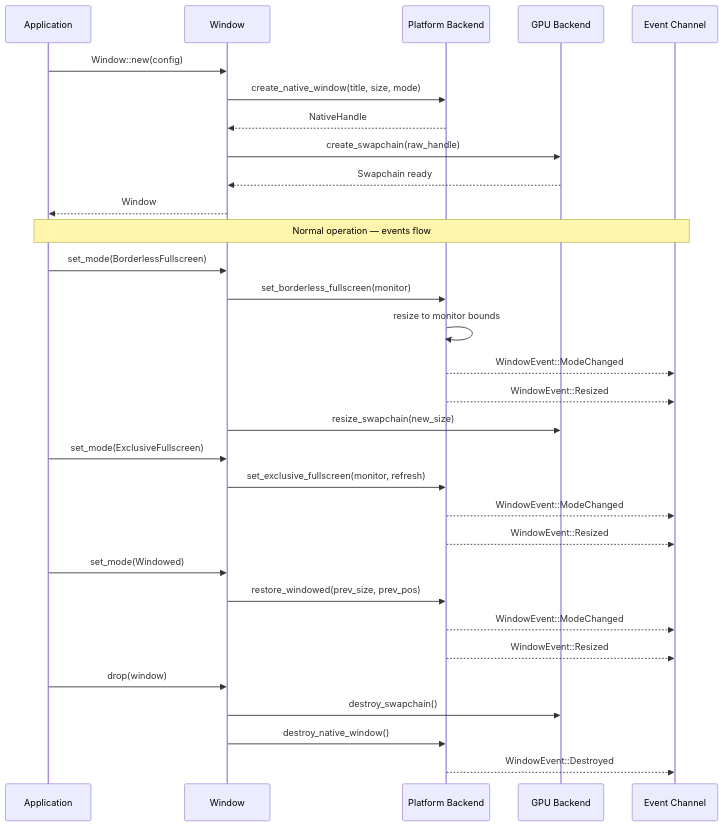
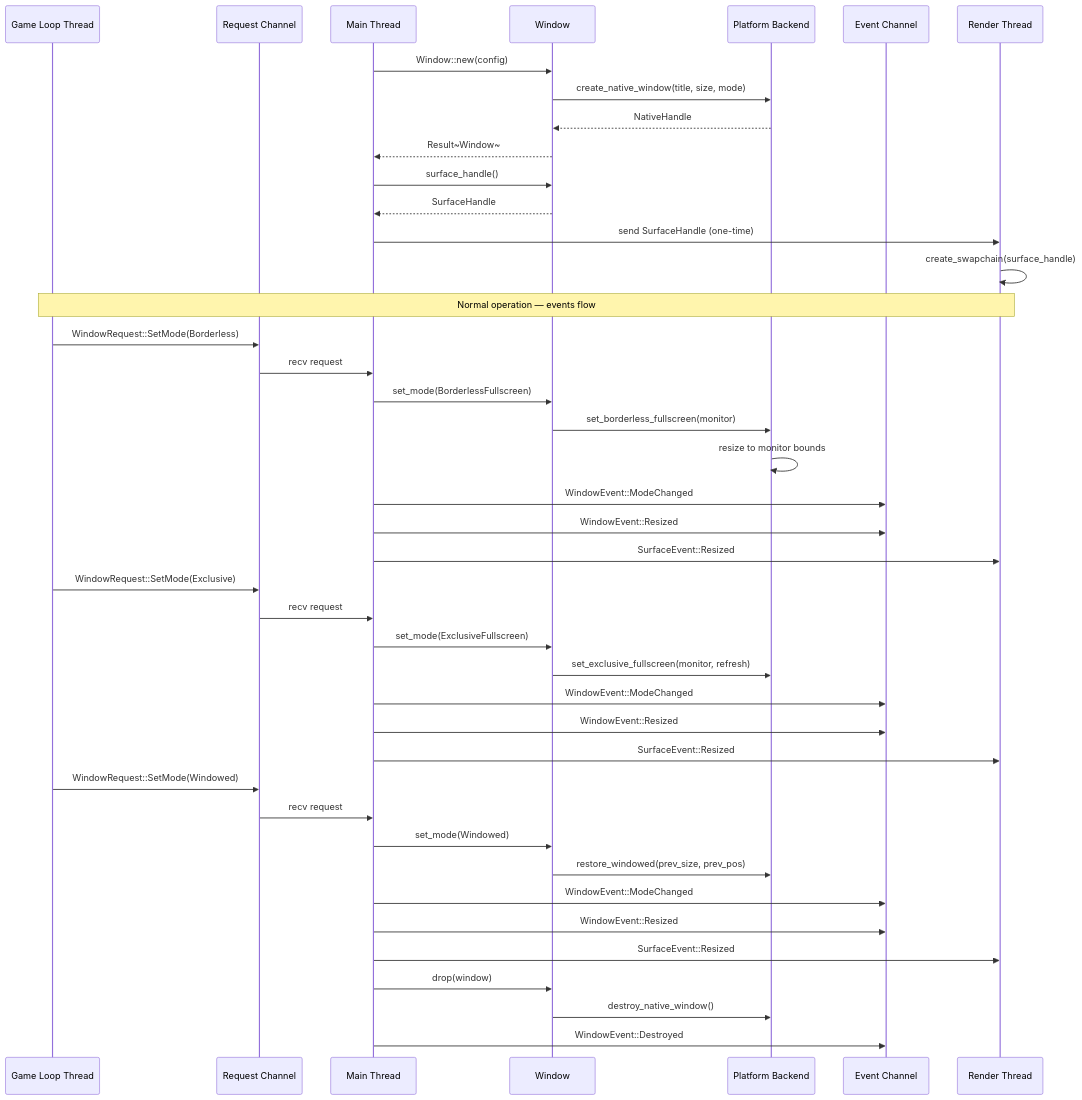
The second of 5 diagrams in docs/design/platform/windowing.md (harmonius-dev/harmonius), drawn with Mermaid before and after one commit. The commit also changed other lines of this file and 174 other files, not shown here.

````diff
--- a/docs/design/platform/windowing.md
+++ b/docs/design/platform/windowing.md
@@ -140,39 +142,50 @@
 ```mermaid
 sequenceDiagram
-    participant App as Application
+    participant GL as Game Loop Thread
+    participant RC as Request Channel
+    participant MT as Main Thread
     participant W as Window
     participant P as Platform Backend
-    participant GPU as GPU Backend
     participant EC as Event Channel
+    participant RT as Render Thread
 
-    App->>W: Window::new(config)
+    MT->>W: Window::new(config)
     W->>P: create_native_window(title, size, mode)
     P-->>W: NativeHandle
-    W->>GPU: create_swapchain(raw_handle)
-    GPU-->>W: Swapchain ready
-    W-->>App: Window
+    W-->>MT: Result~Window~
+    MT->>W: surface_handle()
+    W-->>MT: SurfaceHandle
+    MT->>RT: send SurfaceHandle (one-time)
+    RT->>RT: create_swapchain(surface_handle)
 
-    Note over App,EC: Normal operation — events flow
+    Note over GL,RT: Normal operation — events flow
 
-    App->>W: set_mode(BorderlessFullscreen)
+    GL->>RC: WindowRequest::SetMode(Borderless)
+    RC->>MT: recv request
+    MT->>W: set_mode(BorderlessFullscreen)
     W->>P: set_borderless_fullscreen(monitor)
     P->>P: resize to monitor bounds
-    P-->>EC: WindowEvent::ModeChanged
-    P-->>EC: WindowEvent::Resized
-    W->>GPU: resize_swapchain(new_size)
+    MT->>EC: WindowEvent::ModeChanged
+    MT->>EC: WindowEvent::Resized
+    MT->>RT: SurfaceEvent::Resized
 
-    App->>W: set_mode(ExclusiveFullscreen)
+    GL->>RC: WindowRequest::SetMode(Exclusive)
+    RC->>MT: recv request
+    MT->>W: set_mode(ExclusiveFullscreen)
     W->>P: set_exclusive_fullscreen(monitor, refresh)
-    P-->>EC: WindowEvent::ModeChanged
-    P-->>EC: WindowEvent::Resized
+    MT->>EC: WindowEvent::ModeChanged
+    MT->>EC: WindowEvent::Resized
+    MT->>RT: SurfaceEvent::Resized
 
-    App->>W: set_mode(Windowed)
+    GL->>RC: WindowRequest::SetMode(Windowed)
+    RC->>MT: recv request
+    MT->>W: set_mode(Windowed)
     W->>P: restore_windowed(prev_size, prev_pos)
-    P-->>EC: WindowEvent::ModeChanged
-    P-->>EC: WindowEvent::Resized
+    MT->>EC: WindowEvent::ModeChanged
+    MT->>EC: WindowEvent::Resized
+    MT->>RT: SurfaceEvent::Resized
 
-    App->>W: drop(window)
-    W->>GPU: destroy_swapchain()
+    MT->>W: drop(window)
     W->>P: destroy_native_window()
-    P-->>EC: WindowEvent::Destroyed
+    MT->>EC: WindowEvent::Destroyed
 ```
````
